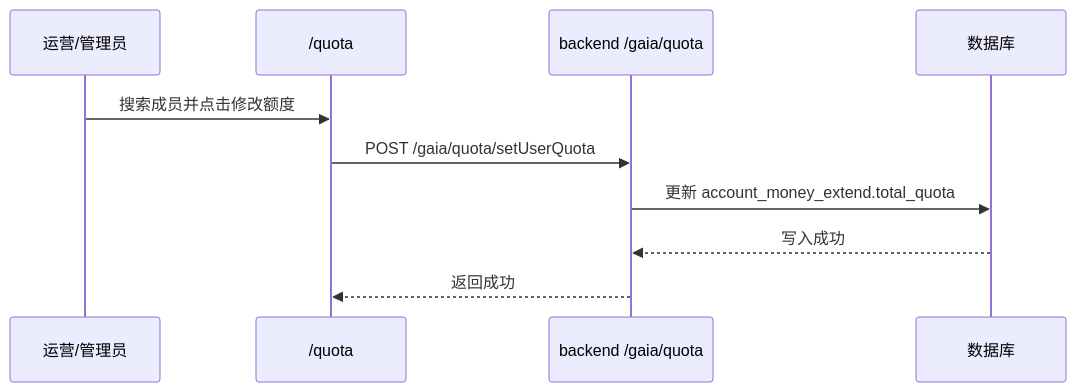
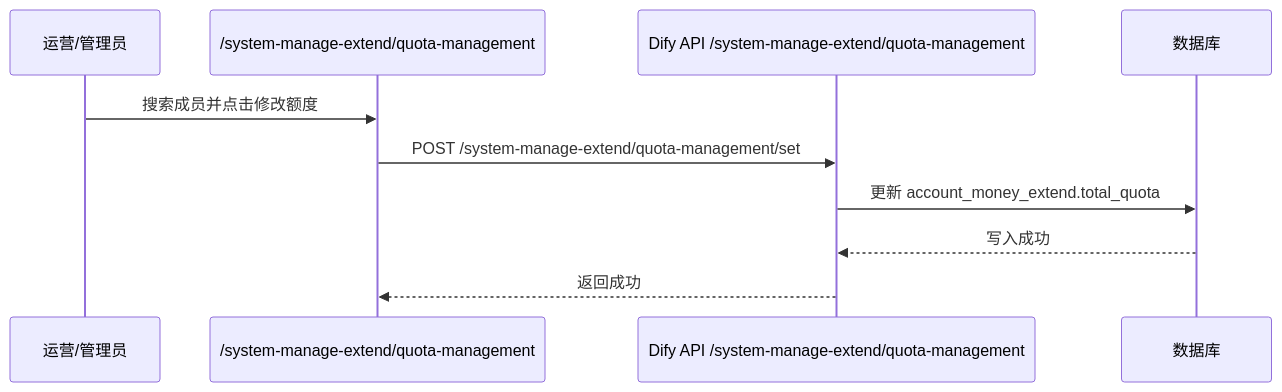
One commit to YFGaia/dify-plus changed the sixth of 6 diagrams in docs/dify-plus/二开功能详解-Web与管理后台.md. Above: the diagram before and after it, drawn with Mermaid. The commit also changed other lines of this file and 82 other files, not shown here.

````diff
--- a/docs/dify-plus/二开功能详解-Web与管理后台.md
+++ b/docs/dify-plus/二开功能详解-Web与管理后台.md
@@ -360,13 +367,13 @@
 ```mermaid
 sequenceDiagram
   participant U as 运营/管理员
-  participant V as /quota
-  participant B as backend /gaia/quota
+  participant V as /system-manage-extend/quota-management
+  participant B as Dify API /system-manage-extend/quota-management
   participant DB as 数据库
 
   U->>V: 搜索成员并点击修改额度
-  V->>B: POST /gaia/quota/setUserQuota
+  V->>B: POST /system-manage-extend/quota-management/set
   B->>DB: 更新 account_money_extend.total_quota
   DB-->>B: 写入成功
   B-->>V: 返回成功
 ```
````
